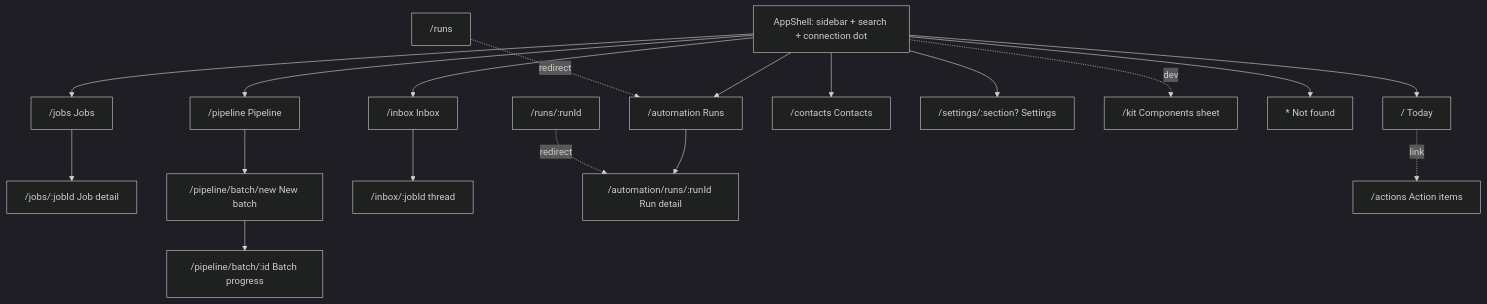
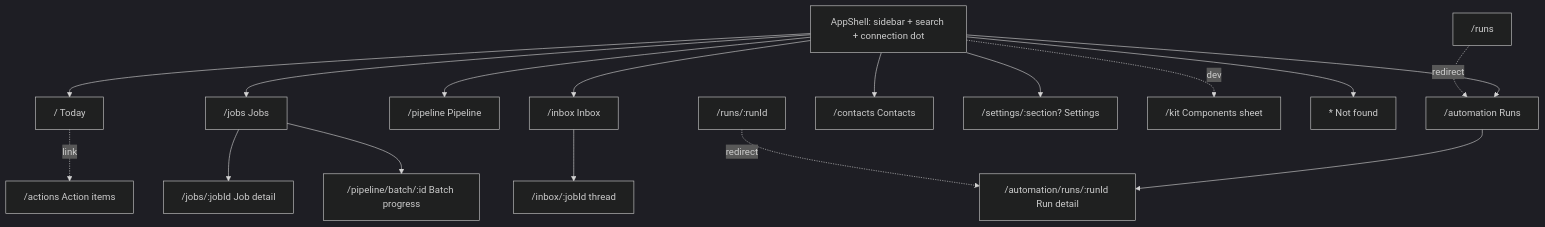
The diagram in docs/product/06_IA.md (m0hamedb3ngab5ia/career-os-template), drawn with Mermaid (dark theme) before and after one commit. The commit also changed other lines of this file and 72 other files, not shown here.

First line of the commit message:
feat(ui): Start pipeline review on the Jobs table (TASK-017) (#144)

````diff
--- a/docs/product/06_IA.md
+++ b/docs/product/06_IA.md
@@ -10,21 +10,20 @@
 ```mermaid
 graph TD
   Shell[AppShell: sidebar + search + connection dot]
   Shell --> Today["/ Today"]
   Shell --> Jobs["/jobs Jobs"]
   Jobs --> JobDetail["/jobs/:jobId Job detail"]
   Shell --> Pipeline["/pipeline Pipeline"]
-  Pipeline --> BatchNew["/pipeline/batch/new New batch"]
-  BatchNew --> BatchRun["/pipeline/batch/:id Batch progress"]
+  Jobs --> BatchRun["/pipeline/batch/:id Batch progress"]
   Shell --> Inbox["/inbox Inbox"]
   Inbox --> InboxJob["/inbox/:jobId thread"]
   Shell --> Auto["/automation Runs"]
   Auto --> RunDetail["/automation/runs/:runId Run detail"]
   Shell --> Contacts["/contacts Contacts"]
   Shell --> Settings["/settings/:section? Settings"]
   Today -.link.-> Actions["/actions Action items"]
   Shell -.dev.-> Kit["/kit Components sheet"]
   Shell --> NF["* Not found"]
   Old1["/runs"] -.redirect.-> Auto
   Old2["/runs/:runId"] -.redirect.-> RunDetail
 ```
````
